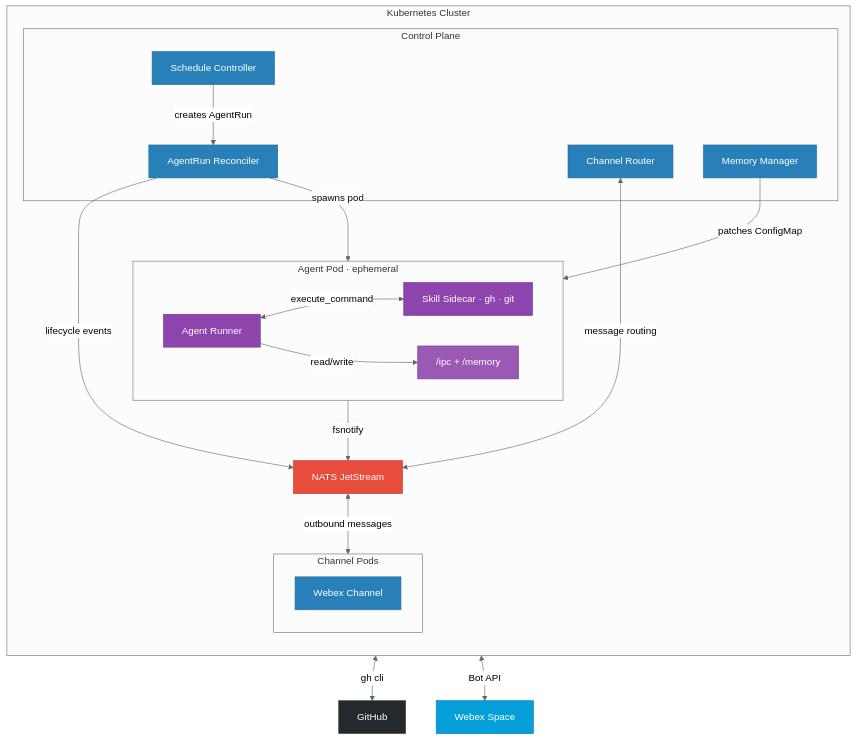
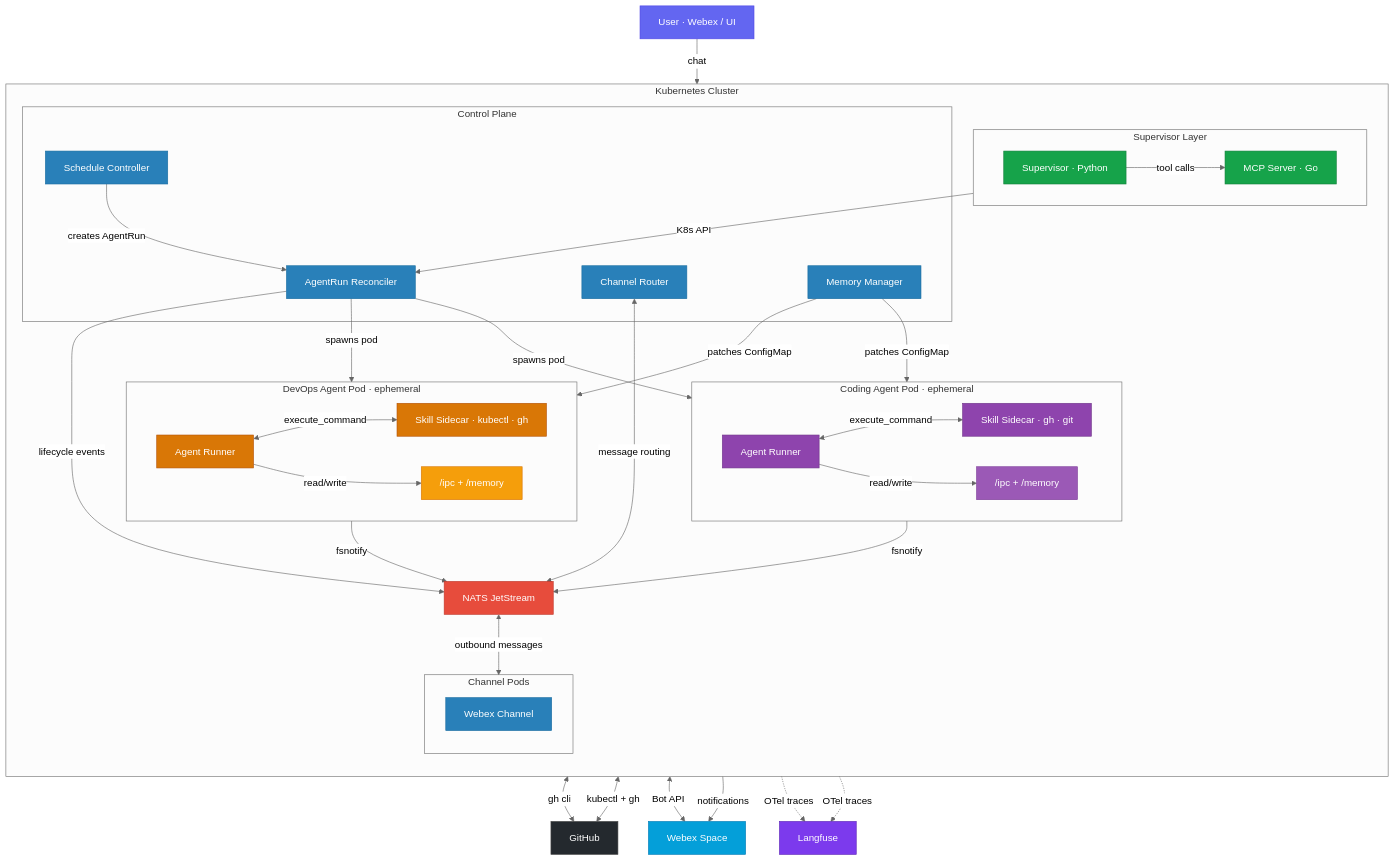
One commit to artdroz/deep-agents-demo changed the first of 7 diagrams in ARCHITECTURE.md. Above: the diagram before and after it, drawn with Mermaid. The commit also changed other lines of this file, not shown here.

First line of the commit message:
docs: expand architecture with multi-agent system, supervisor, and devops agent

````diff
--- a/ARCHITECTURE.md
+++ b/ARCHITECTURE.md
@@ -24,41 +24,75 @@
         Recon -->|lifecycle events| NATS
         ChanR <-->|message routing| NATS
 
-        subgraph Agent [Agent Pod · ephemeral]
+        subgraph Sup [Supervisor Layer]
             direction LR
-            Runner[Agent Runner]
-            Sidecar[Skill Sidecar · gh · git]
-            IPC["/ipc + /memory"]
-            Runner <-->|execute_command| Sidecar
-            Runner -->|read/write| IPC
+            MCP[MCP Server · Go]
+            SuperAgent[Supervisor · Python]
+            SuperAgent -->|tool calls| MCP
+            MCP -->|K8s API| Recon
         end
 
-        Recon -->|spawns pod| Agent
-        IPC -->|fsnotify| NATS
+        subgraph CodingPod [Coding Agent Pod · ephemeral]
+            direction LR
+            Runner1[Agent Runner]
+            Sidecar1[Skill Sidecar · gh · git]
+            IPC1["/ipc + /memory"]
+            Runner1 <-->|execute_command| Sidecar1
+            Runner1 -->|read/write| IPC1
+        end
+
+        subgraph DevOpsPod [DevOps Agent Pod · ephemeral]
+            direction LR
+            Runner2[Agent Runner]
+            Sidecar2[Skill Sidecar · kubectl · gh]
+            IPC2["/ipc + /memory"]
+            Runner2 <-->|execute_command| Sidecar2
+            Runner2 -->|read/write| IPC2
+        end
+
+        Recon -->|spawns pod| CodingPod
+        Recon -->|spawns pod| DevOpsPod
+        IPC1 -->|fsnotify| NATS
+        IPC2 -->|fsnotify| NATS
 
         subgraph Chan [Channel Pods]
             Webex[Webex Channel]
         end
 
         NATS <-->|outbound messages| Chan
-        MemMgr -->|patches ConfigMap| IPC
+        MemMgr -->|patches ConfigMap| IPC1
+        MemMgr -->|patches ConfigMap| IPC2
     end
 
     GH[GitHub]
     WX[Webex Space]
+    LF[Langfuse]
+    User[User · Webex / UI]
 
-    Sidecar <-->|gh cli| GH
+    Sidecar1 <-->|gh cli| GH
+    Sidecar2 <-->|kubectl + gh| GH
     Webex <-->|Bot API| WX
+    Runner1 -.->|OTel traces| LF
+    Runner2 -.->|OTel traces| LF
+    User -->|chat| SuperAgent
+    SuperAgent -->|notifications| WX
 
     style NATS fill:#e74c3c,stroke:#c0392b,color:#fff
     style GH fill:#24292e,stroke:#444,color:#fff
     style WX fill:#049fd9,stroke:#037bb5,color:#fff
+    style LF fill:#7c3aed,stroke:#5b21b6,color:#fff
     style Sched fill:#2980b9,stroke:#1a6da0,color:#fff
     style Recon fill:#2980b9,stroke:#1a6da0,color:#fff
     style ChanR fill:#2980b9,stroke:#1a6da0,color:#fff
     style MemMgr fill:#2980b9,stroke:#1a6da0,color:#fff
-    style Runner fill:#8e44ad,stroke:#71368a,color:#fff
-    style Sidecar fill:#8e44ad,stroke:#71368a,color:#fff
-    style IPC fill:#9b59b6,stroke:#7d3c98,color:#fff
+    style MCP fill:#16a34a,stroke:#15803d,color:#fff
+    style SuperAgent fill:#16a34a,stroke:#15803d,color:#fff
+    style Runner1 fill:#8e44ad,stroke:#71368a,color:#fff
+    style Sidecar1 fill:#8e44ad,stroke:#71368a,color:#fff
+    style IPC1 fill:#9b59b6,stroke:#7d3c98,color:#fff
+    style Runner2 fill:#d97706,stroke:#b45309,color:#fff
+    style Sidecar2 fill:#d97706,stroke:#b45309,color:#fff
+    style IPC2 fill:#f59e0b,stroke:#d97706,color:#fff
     style Webex fill:#2980b9,stroke:#1a6da0,color:#fff
+    style User fill:#6366f1,stroke:#4f46e5,color:#fff
 ```
````
